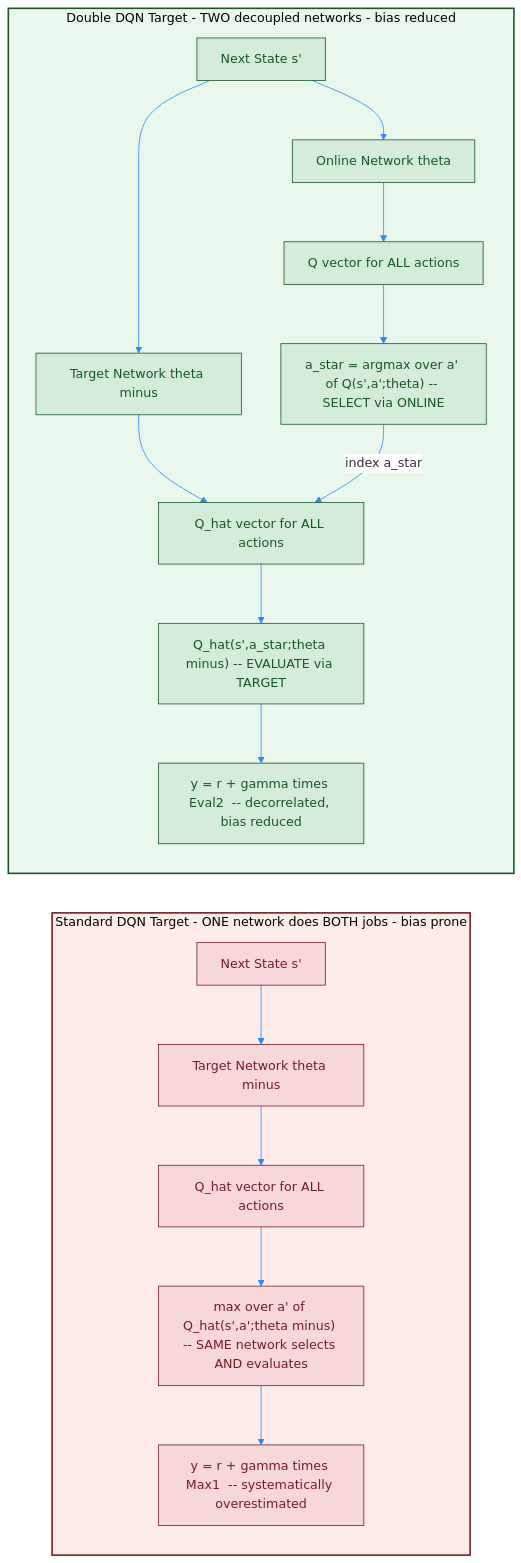
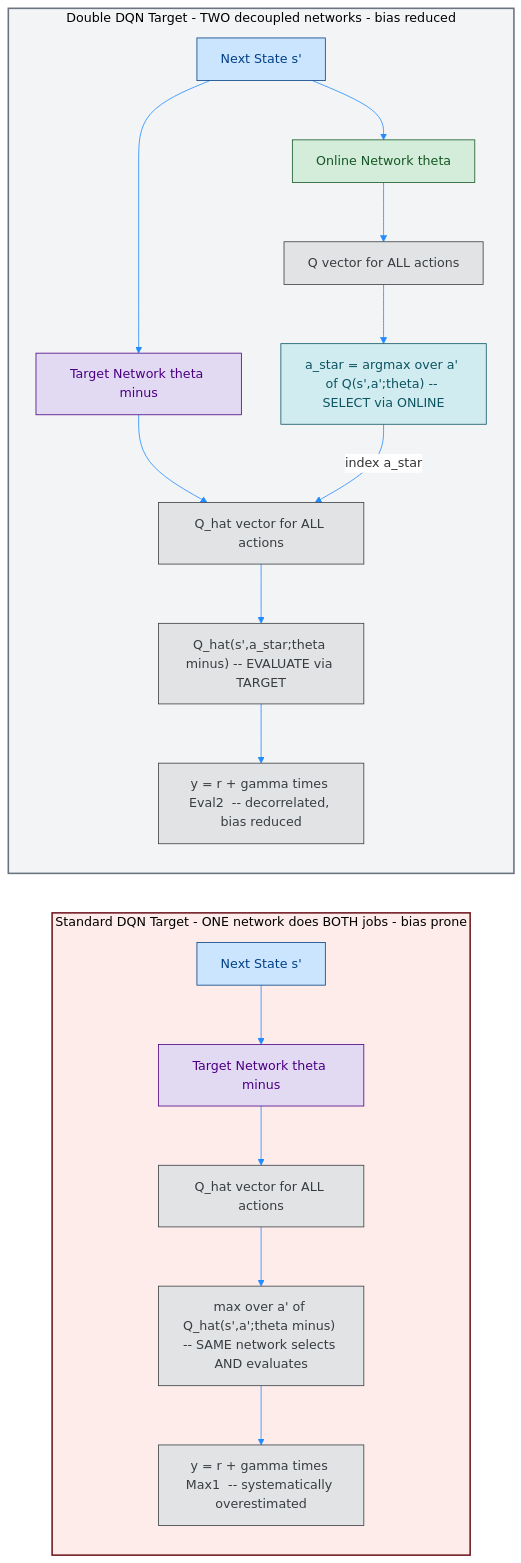
Before and after one commit to Open-Source-Robotics-For-Myanmar/rl: the third of 4 diagrams in Day81 RL python/02_Miguel Morales - Grokking Deep Reinforcement Learning/02_rl_with_dl/rom_photos/03_1_VB_DOUBLE_DQN.md, drawn with Mermaid. The commit also changed other lines of this file and 12 other files, not shown here.

````diff
--- a/Day81 RL python/02_Miguel Morales - Grokking Deep Reinforcement Learning/02_rl_with_dl/rom_photos/03_1_VB_DOUBLE_DQN.md
+++ b/Day81 RL python/02_Miguel Morales - Grokking Deep Reinforcement Learning/02_rl_with_dl/rom_photos/03_1_VB_DOUBLE_DQN.md
@@ -105,30 +132,38 @@
 ```mermaid
 %%{init: {'theme': 'base', 'themeVariables': { 'primaryColor': '#ffffff', 'lineColor': '#218bff'}}}%%
 graph LR
     subgraph StandardDQN [Standard DQN Target - ONE network does BOTH jobs - bias prone]
         S1[Next State s'] --> TN1[Target Network theta minus]
         TN1 --> Vec1[Q_hat vector for ALL actions]
         Vec1 --> Max1["max over a' of Q_hat(s',a';theta minus) -- SAME network selects AND evaluates"]
         Max1 --> Y1["y = r + gamma times Max1  -- systematically overestimated"]
     end
 
     subgraph DoubleDQNTarget [Double DQN Target - TWO decoupled networks - bias reduced]
         S2[Next State s'] --> ON2[Online Network theta]
         ON2 --> Vec2[Q vector for ALL actions]
         Vec2 --> Arg2["a_star = argmax over a' of Q(s',a';theta) -- SELECT via ONLINE"]
         S2 --> TN2[Target Network theta minus]
         TN2 --> Vec3[Q_hat vector for ALL actions]
         Arg2 -->|index a_star| Vec3
         Vec3 --> Eval2["Q_hat(s',a_star;theta minus) -- EVALUATE via TARGET"]
         Eval2 --> Y2["y = r + gamma times Eval2  -- decorrelated, bias reduced"]
     end
 
-    classDef bias fill:#f8d7da,stroke:#721c24,stroke-width:1px,color:#721c24;
-    classDef fixed fill:#d4edda,stroke:#155724,stroke-width:1px,color:#155724;
+    classDef data fill:#cce5ff,stroke:#004085,stroke-width:1px,color:#004085;
+    classDef process fill:#d1ecf1,stroke:#0c5460,stroke-width:1px,color:#0c5460;
+    classDef result fill:#e2e3e5,stroke:#383d41,stroke-width:1px,color:#383d41;
+    classDef onlineNetwork fill:#d4edda,stroke:#155724,stroke-width:1px,color:#155724;
+    classDef targetNetwork fill:#e2d9f3,stroke:#4b0082,stroke-width:1px,color:#4b0082;
 
-    class S1,TN1,Vec1,Max1,Y1 bias;
-    class S2,ON2,Vec2,Arg2,TN2,Vec3,Eval2,Y2 fixed;
+    class S1,S2 data;
+    class Arg2 process;
+    class Vec2,Vec1,Max1,Y1,Vec3,Eval2,Y2 result;
+    class ON2 onlineNetwork;
+    class TN1,TN2 targetNetwork;
+
+
 
     style StandardDQN fill:#fdecea,stroke:#721c24,stroke-width:2px;
-    style DoubleDQNTarget fill:#eaf7ec,stroke:#155724,stroke-width:2px;
+    style DoubleDQNTarget fill:#f3f4f6,stroke:#6b7280,stroke-width:2px;
 ```
````
